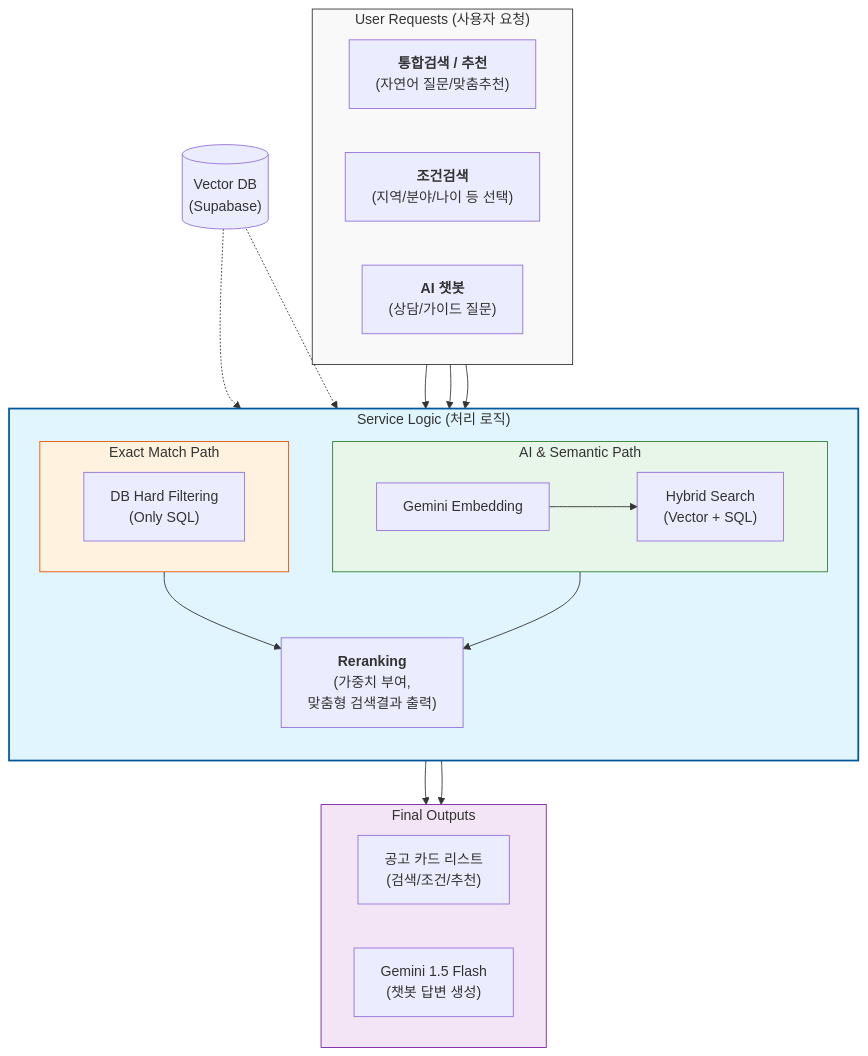
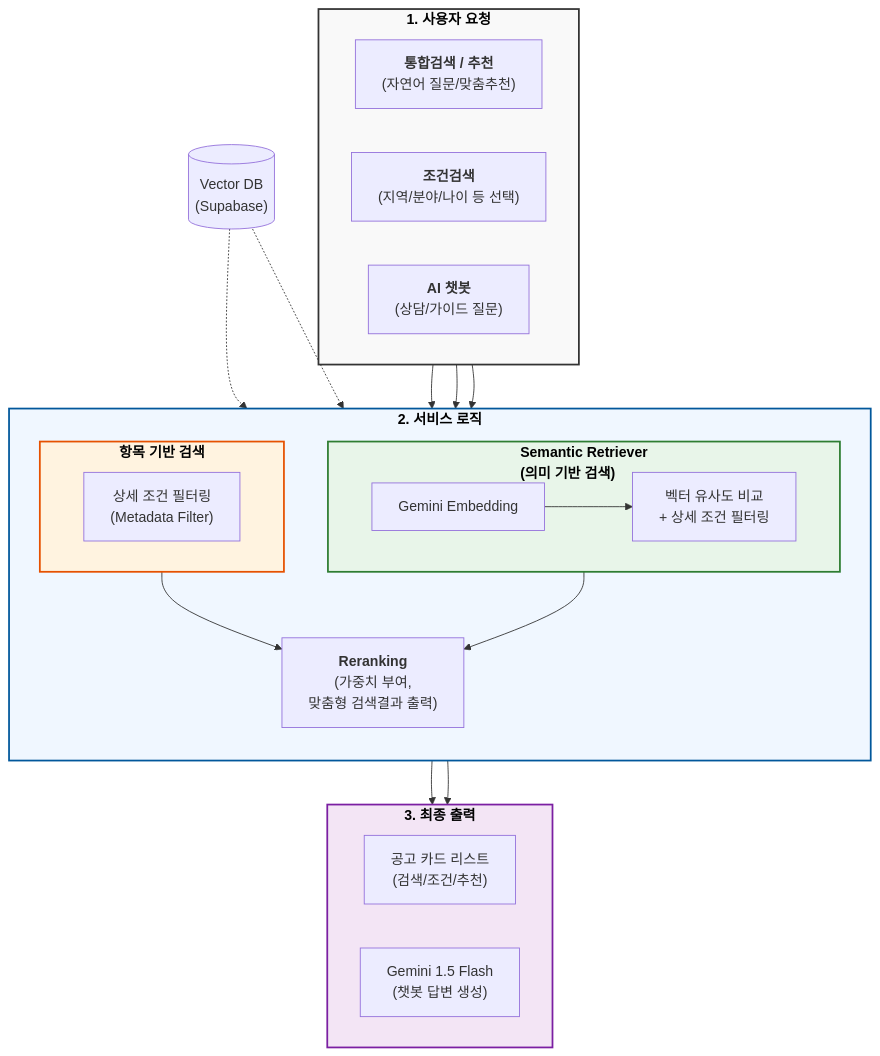
Before and after one commit to KittyNat123/PolicyRec: the second of 2 diagrams in 김보미/policyRec_발표자료_작업분담_김보미.md, drawn with Mermaid. The commit also changed other lines of this file and 2 other files, not shown here.

````diff
--- a/김보미/policyRec_발표자료_작업분담_김보미.md
+++ b/김보미/policyRec_발표자료_작업분담_김보미.md
@@ -93,59 +103,61 @@
 ```mermaid
 flowchart TB
     %% 사용자의 다양한 요청
-    subgraph Inputs["User Requests (사용자 요청)"]
+    subgraph Inputs["<font color='black'><b>1. 사용자 요청</b></font>"]
         direction LR
         I1["<b>통합검색 / 추천</b><br/>(자연어 질문/맞춤추천)"]
         I2["<b>조건검색</b><br/>(지역/분야/나이 등 선택)"]
         I3["<b>AI 챗봇</b><br/>(상담/가이드 질문)"]
     end
 
     %% 실제 처리 로직 분기
-    subgraph Processing["Service Logic (처리 로직)"]
+    subgraph Processing["<font color='black'><b>2. 서비스 로직</b></font>"]
         direction TB
 
         %% AI 기반 (통합/추천/챗봇)
-        subgraph Semantic["AI & Semantic Path"]
+        subgraph Semantic["<font color='black'><b>Semantic Retriever<br/> (의미 기반 검색)</b></font>"]
             direction LR
-            Embed["Gemini Embedding"] --> Hybrid["Hybrid Search<br/>(Vector + SQL)"]
+            Embed["Gemini Embedding"] --> Hybrid["벡터 유사도 비교<br/>+ 상세 조건 필터링"]
         end
 
         %% DB 기반 (조건검색 전용)
-        subgraph Exact["Exact Match Path"]
+        subgraph Exact["<font color='black'><b>항목 기반 검색</b></font>"]
             direction LR
-            DB_Filter["DB Hard Filtering<br/>(Only SQL)"]
+            DB_Filter["상세 조건 필터링<br/>(Metadata Filter)"]
         end
 
         %% 공고 재정렬 (전 기능 공통)
         Rerank["<b>Reranking</b><br/>(가중치 부여,<br/>맞춤형 검색결과 출력)"]
     end
 
     %% 최종 결과물
-    subgraph Outputs["Final Outputs"]
+    subgraph Outputs["<font color='black'><b>3. 최종 출력</b></font>"]
         direction LR
         Cards["공고 카드 리스트<br/>(검색/조건/추천)"]
         RAG["Gemini 1.5 Flash<br/>(챗봇 답변 생성)"]
     end
 
     %% 연결 관계
     I1 --> Embed
     I3 --> Embed
     I2 --> DB_Filter
     
     Hybrid --> Rerank
     DB_Filter --> Rerank
     
     Rerank --> Cards
     Rerank --> RAG
 
     %% 외부 DB 연결 표현
     DB_CORE[("Vector DB<br>(Supabase)")] -.-> Hybrid
     DB_CORE -.-> DB_Filter
 
-    %% Style
-    style Inputs fill:#f9f9f9,stroke:#333
-    style Processing fill:#e1f5fe,stroke:#01579b,stroke-width:2px
-    style Semantic fill:#e8f5e9,stroke:#2e7d32
-    style Exact fill:#fff3e0,stroke:#e65100
-    style Outputs fill:#f3e5f5,stroke:#7b1fa2
+    %% --- Style Settings (제목이 검정색으로 잘 보이도록 배경색 최적화) ---
+    style Inputs fill:#f9f9f9,stroke:#333,stroke-width:2px
+    style Processing fill:#f0f7ff,stroke:#01579b,stroke-width:2px
+    style Semantic fill:#e8f5e9,stroke:#2e7d32,stroke-width:2px
+    style Exact fill:#fff3e0,stroke:#e65100,stroke-width:2px
+    style Outputs fill:#f3e5f5,stroke:#7b1fa2,stroke-width:2px
+
+
 ```
````
